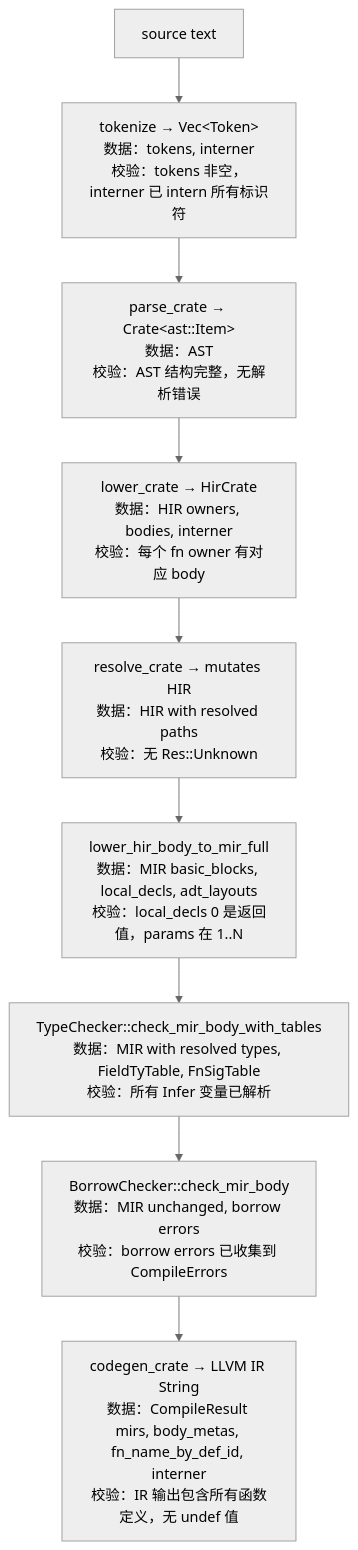
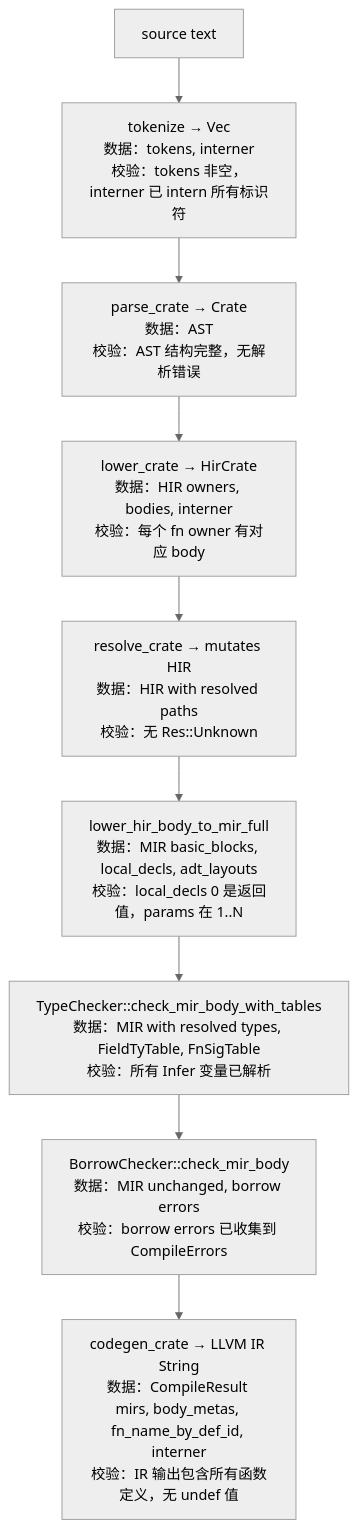
One commit to Redskaber/landin-lang changed diagram 12 of 22 in docs/stage-committee-process.md. Above: the diagram before and after it, drawn with Mermaid (neutral theme). The commit also changed other lines of this file and 5 other files, not shown here.

````diff
--- a/docs/stage-committee-process.md
+++ b/docs/stage-committee-process.md
@@ -2080,11 +2179,11 @@
 ```mermaid
 flowchart TD
-    SRC[source text] --> D1[tokenize → Vec&lt;Token&gt;<br/>数据：tokens, interner<br/>校验：tokens 非空，interner 已 intern 所有标识符]
-    D1 --> D2[parse_crate → Crate&lt;ast::Item&gt;<br/>数据：AST<br/>校验：AST 结构完整，无解析错误]
-    D2 --> D3[lower_crate → HirCrate<br/>数据：HIR owners, bodies, interner<br/>校验：每个 fn owner 有对应 body]
-    D3 --> D4[resolve_crate → mutates HIR<br/>数据：HIR with resolved paths<br/>校验：无 Res::Unknown]
-    D4 --> D5[lower_hir_body_to_mir_full<br/>数据：MIR basic_blocks, local_decls, adt_layouts<br/>校验：local_decls 0 是返回值，params 在 1..N]
-    D5 --> D6[TypeChecker::check_mir_body_with_tables<br/>数据：MIR with resolved types, FieldTyTable, FnSigTable<br/>校验：所有 Infer 变量已解析]
-    D6 --> D7[BorrowChecker::check_mir_body<br/>数据：MIR unchanged, borrow errors<br/>校验：borrow errors 已收集到 CompileErrors]
-    D7 --> D8[codegen_crate → LLVM IR String<br/>数据：CompileResult mirs, body_metas, fn_name_by_def_id, interner<br/>校验：IR 输出包含所有函数定义，无 undef 值]
+    SRC[source text] --> D1["tokenize → Vec<Token><br/>数据：tokens, interner<br/>校验：tokens 非空，interner 已 intern 所有标识符"]
+    D1 --> D2["parse_crate → Crate<ast::Item><br/>数据：AST<br/>校验：AST 结构完整，无解析错误"]
+    D2 --> D3["lower_crate → HirCrate<br/>数据：HIR owners, bodies, interner<br/>校验：每个 fn owner 有对应 body"]
+    D3 --> D4["resolve_crate → mutates HIR<br/>数据：HIR with resolved paths<br/>校验：无 Res::Unknown"]
+    D4 --> D5["lower_hir_body_to_mir_full<br/>数据：MIR basic_blocks, local_decls, adt_layouts<br/>校验：local_decls 0 是返回值，params 在 1..N"]
+    D5 --> D6["TypeChecker::check_mir_body_with_tables<br/>数据：MIR with resolved types, FieldTyTable, FnSigTable<br/>校验：所有 Infer 变量已解析"]
+    D6 --> D7["BorrowChecker::check_mir_body<br/>数据：MIR unchanged, borrow errors<br/>校验：borrow errors 已收集到 CompileErrors"]
+    D7 --> D8["codegen_crate → LLVM IR String<br/>数据：CompileResult mirs, body_metas, fn_name_by_def_id, interner<br/>校验：IR 输出包含所有函数定义，无 undef 值"]
 ```
````
